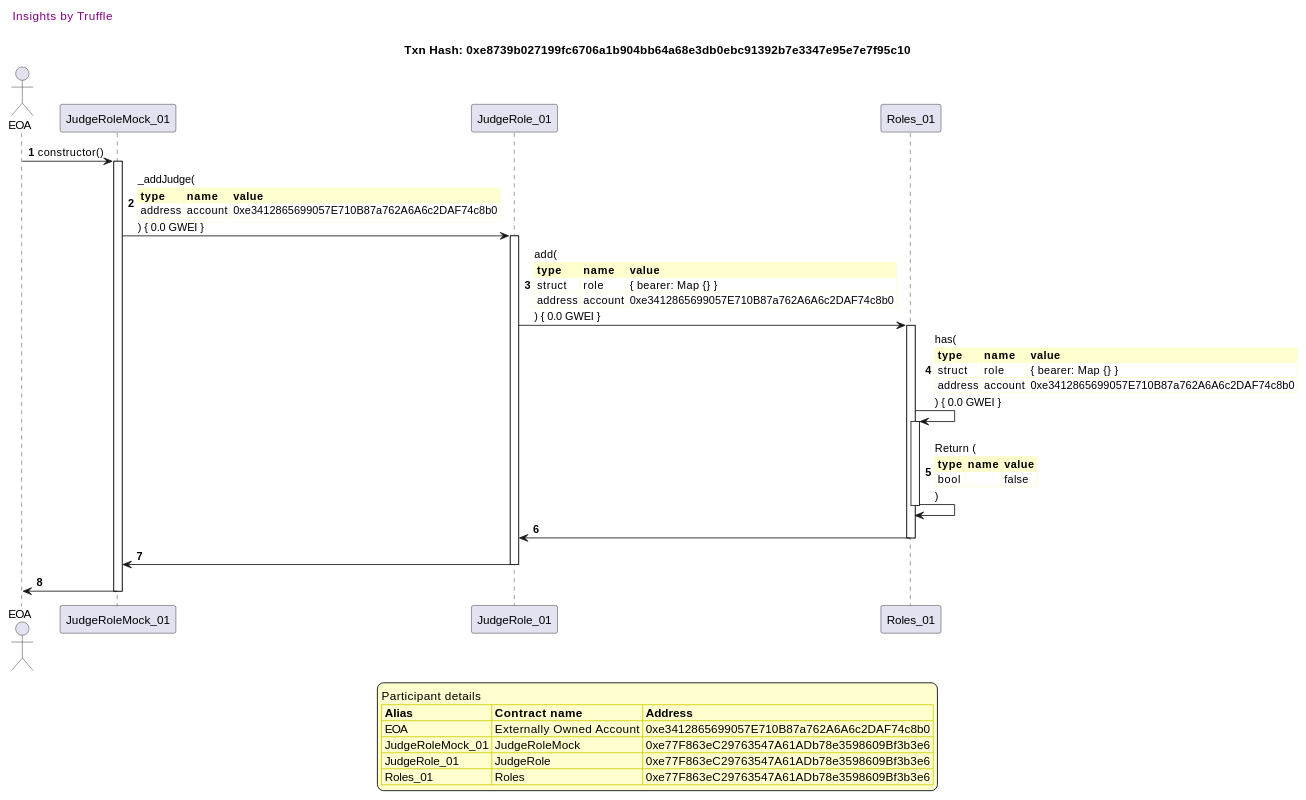
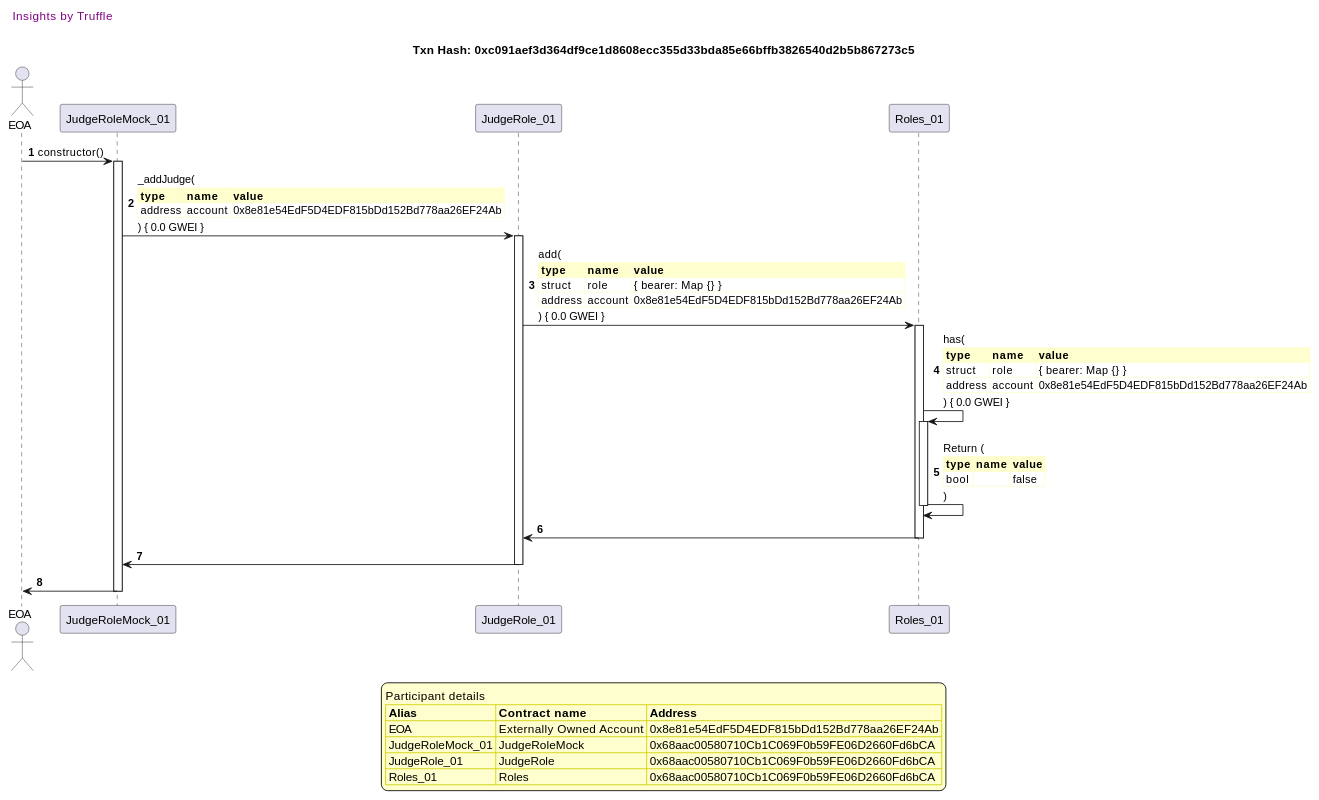
One commit to fodisi/hackapay changed diagram 12 of 41 in truffle-seq/roles_judgerole.md. Above: the diagram before and after it, drawn with PlantUML. The commit also changed other lines of this file and 10 other files, not shown here.

````diff
--- a/truffle-seq/roles_judgerole.md
+++ b/truffle-seq/roles_judgerole.md
@@ -895,61 +895,61 @@
 ```plantuml
 
 
 @startuml
 
 autonumber
 skinparam legendBackgroundColor #FEFECE
 
 <style>
       header {
         HorizontalAlignment left
         FontColor purple
         FontSize 14
         Padding 10
       }
     </style>
 
 header Insights by Truffle
 
-title Txn Hash: 0xe8739b027199fc6706a1b904bb64a68e3db0ebc91392b7e3347e95e7e7f95c10
+title Txn Hash: 0xc091aef3d364df9ce1d8608ecc355d33bda85e66bffb3826540d2b5b867273c5
 
 
 actor EOA as "EOA"
 participant JudgeRoleMock_01 as "JudgeRoleMock_01"
 participant JudgeRole_01 as "JudgeRole_01"
 participant Roles_01 as "Roles_01"
 
 "EOA" -> "JudgeRoleMock_01" ++: constructor()
 "JudgeRoleMock_01" -> "JudgeRole_01" ++: _addJudge(\n\
 <#FEFECE,#FEFECE>|= type |= name |= value |\n\
-| address | account | 0xe3412865699057E710B87a762A6A6c2DAF74c8b0 |\n\
+| address | account | 0x8e81e54EdF5D4EDF815bDd152Bd778aa26EF24Ab |\n\
 ) { 0.0 GWEI }
 "JudgeRole_01" -> "Roles_01" ++: add(\n\
 <#FEFECE,#FEFECE>|= type |= name |= value |\n\
 | struct | role | { bearer: Map {} } |\n\
-| address | account | 0xe3412865699057E710B87a762A6A6c2DAF74c8b0 |\n\
+| address | account | 0x8e81e54EdF5D4EDF815bDd152Bd778aa26EF24Ab |\n\
 ) { 0.0 GWEI }
 "Roles_01" -> "Roles_01" ++: has(\n\
 <#FEFECE,#FEFECE>|= type |= name |= value |\n\
 | struct | role | { bearer: Map {} } |\n\
-| address | account | 0xe3412865699057E710B87a762A6A6c2DAF74c8b0 |\n\
+| address | account | 0x8e81e54EdF5D4EDF815bDd152Bd778aa26EF24Ab |\n\
 ) { 0.0 GWEI }
 "Roles_01" -> "Roles_01" --: Return (\n\
 <#FEFECE,#FEFECE>|= type |= name |= value |\n\
 | bool |  | false |\n\
 )
 "Roles_01" -> "JudgeRole_01" --: 
 "JudgeRole_01" -> "JudgeRoleMock_01" --: 
 "JudgeRoleMock_01" -> "EOA" --: 
 
 legend
 Participant details
 <#FEFECE,#D0D000>|= Alias |= Contract name |= Address |
-<#FEFECE>| EOA | Externally Owned Account | 0xe3412865699057E710B87a762A6A6c2DAF74c8b0 |
-<#FEFECE>| JudgeRoleMock_01 | JudgeRoleMock | 0xe77F863eC29763547A61ADb78e3598609Bf3b3e6 |
-<#FEFECE>| JudgeRole_01 | JudgeRole | 0xe77F863eC29763547A61ADb78e3598609Bf3b3e6 |
-<#FEFECE>| Roles_01 | Roles | 0xe77F863eC29763547A61ADb78e3598609Bf3b3e6 |
+<#FEFECE>| EOA | Externally Owned Account | 0x8e81e54EdF5D4EDF815bDd152Bd778aa26EF24Ab |
+<#FEFECE>| JudgeRoleMock_01 | JudgeRoleMock | 0x68aac00580710Cb1C069F0b59FE06D2660Fd6bCA |
+<#FEFECE>| JudgeRole_01 | JudgeRole | 0x68aac00580710Cb1C069F0b59FE06D2660Fd6bCA |
+<#FEFECE>| Roles_01 | Roles | 0x68aac00580710Cb1C069F0b59FE06D2660Fd6bCA |
 endlegend
 
 @enduml
 ```
````
